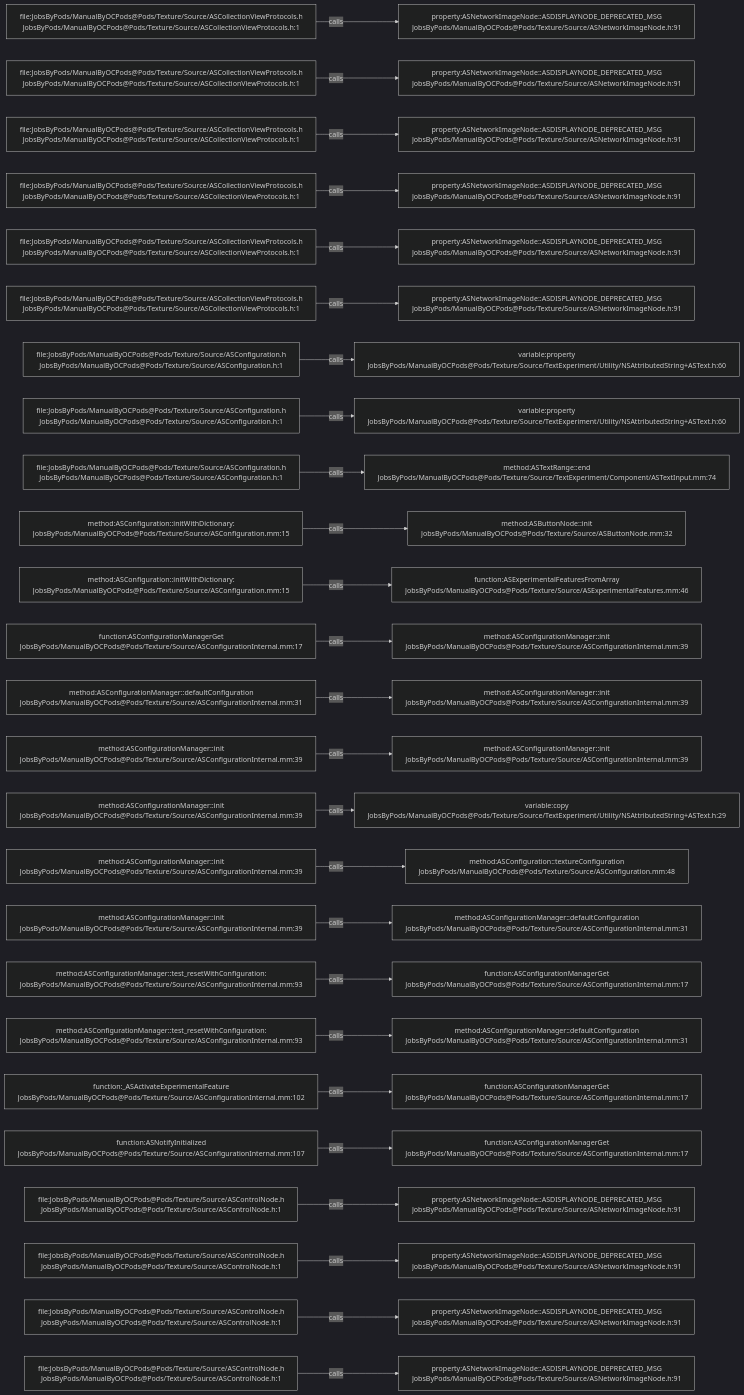
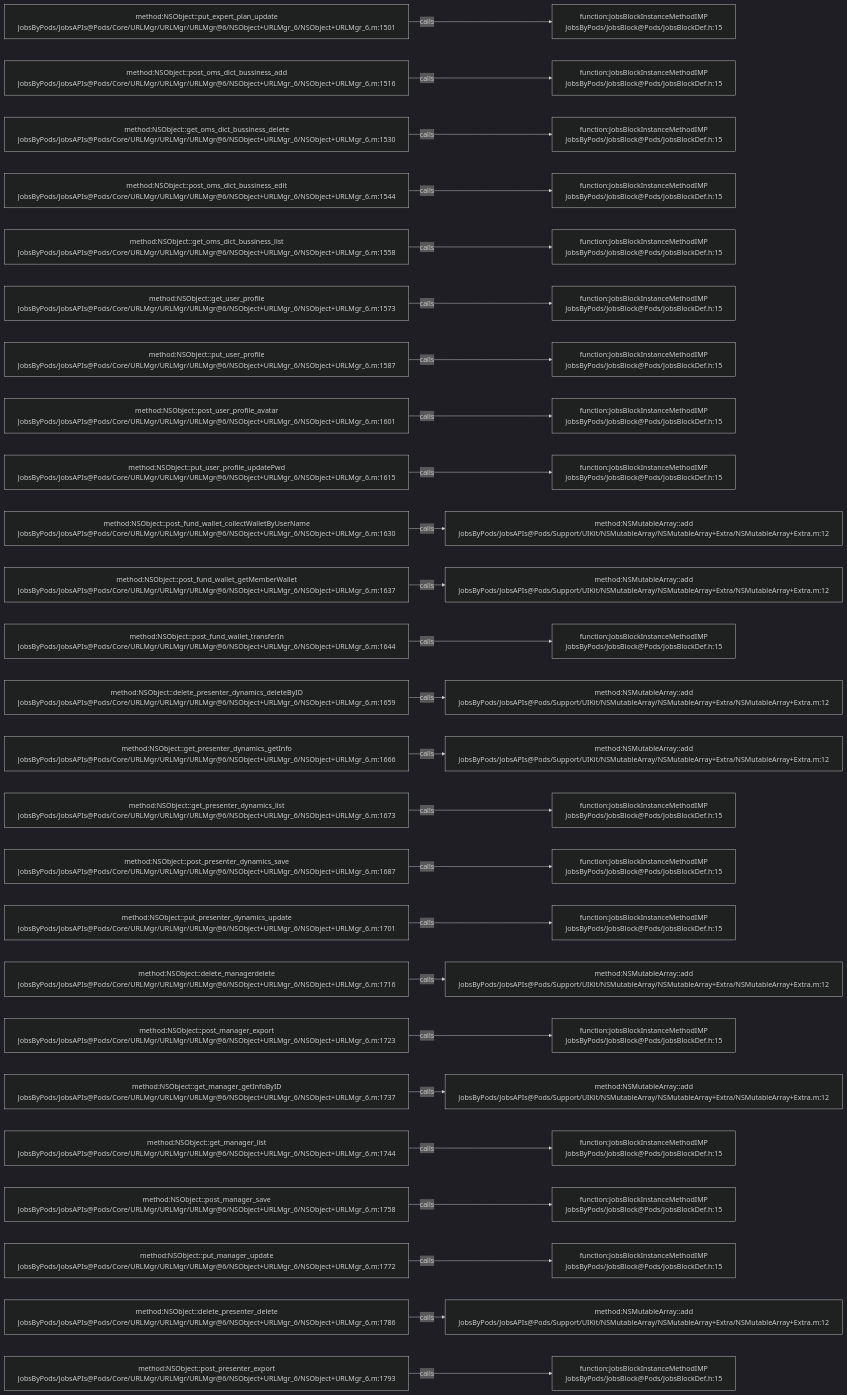
Before and after one commit to JobsKits/JobsOCBaseConfigDemo: the diagram in .codegraph/codegraph.md/graphs/calls-071.md, drawn with Mermaid (dark theme). The commit also changed 768 other files, not shown here.

````diff
--- a/.codegraph/codegraph.md/graphs/calls-071.md
+++ b/.codegraph/codegraph.md/graphs/calls-071.md
@@ -13,78 +13,78 @@
 ```mermaid
 flowchart LR
-  S1["file:JobsByPods/ManualByOCPods@Pods/Texture/Source/ASCollectionViewProtocols.h<br/>JobsByPods/ManualByOCPods@Pods/Texture/Source/ASCollectionViewProtocols.h:1"]
-  T1["property:ASNetworkImageNode::ASDISPLAYNODE_DEPRECATED_MSG<br/>JobsByPods/ManualByOCPods@Pods/Texture/Source/ASNetworkImageNode.h:91"]
+  S1["method:NSObject::put_expert_plan_update<br/>JobsByPods/JobsAPIs@Pods/Core/URLMgr/URLMgr/URLMgr@6/NSObject+URLMgr_6/NSObject+URLMgr_6.m:1501"]
+  T1["function:JobsBlockInstanceMethodIMP<br/>JobsByPods/JobsBlock@Pods/JobsBlockDef.h:15"]
   S1 -->|calls| T1
-  S2["file:JobsByPods/ManualByOCPods@Pods/Texture/Source/ASCollectionViewProtocols.h<br/>JobsByPods/ManualByOCPods@Pods/Texture/Source/ASCollectionViewProtocols.h:1"]
-  T2["property:ASNetworkImageNode::ASDISPLAYNODE_DEPRECATED_MSG<br/>JobsByPods/ManualByOCPods@Pods/Texture/Source/ASNetworkImageNode.h:91"]
+  S2["method:NSObject::post_oms_dict_bussiness_add<br/>JobsByPods/JobsAPIs@Pods/Core/URLMgr/URLMgr/URLMgr@6/NSObject+URLMgr_6/NSObject+URLMgr_6.m:1516"]
+  T2["function:JobsBlockInstanceMethodIMP<br/>JobsByPods/JobsBlock@Pods/JobsBlockDef.h:15"]
   S2 -->|calls| T2
-  S3["file:JobsByPods/ManualByOCPods@Pods/Texture/Source/ASCollectionViewProtocols.h<br/>JobsByPods/ManualByOCPods@Pods/Texture/Source/ASCollectionViewProtocols.h:1"]
-  T3["property:ASNetworkImageNode::ASDISPLAYNODE_DEPRECATED_MSG<br/>JobsByPods/ManualByOCPods@Pods/Texture/Source/ASNetworkImageNode.h:91"]
+  S3["method:NSObject::get_oms_dict_bussiness_delete<br/>JobsByPods/JobsAPIs@Pods/Core/URLMgr/URLMgr/URLMgr@6/NSObject+URLMgr_6/NSObject+URLMgr_6.m:1530"]
+  T3["function:JobsBlockInstanceMethodIMP<br/>JobsByPods/JobsBlock@Pods/JobsBlockDef.h:15"]
   S3 -->|calls| T3
-  S4["file:JobsByPods/ManualByOCPods@Pods/Texture/Source/ASCollectionViewProtocols.h<br/>JobsByPods/ManualByOCPods@Pods/Texture/Source/ASCollectionViewProtocols.h:1"]
-  T4["property:ASNetworkImageNode::ASDISPLAYNODE_DEPRECATED_MSG<br/>JobsByPods/ManualByOCPods@Pods/Texture/Source/ASNetworkImageNode.h:91"]
+  S4["method:NSObject::post_oms_dict_bussiness_edit<br/>JobsByPods/JobsAPIs@Pods/Core/URLMgr/URLMgr/URLMgr@6/NSObject+URLMgr_6/NSObject+URLMgr_6.m:1544"]
+  T4["function:JobsBlockInstanceMethodIMP<br/>JobsByPods/JobsBlock@Pods/JobsBlockDef.h:15"]
   S4 -->|calls| T4
-  S5["file:JobsByPods/ManualByOCPods@Pods/Texture/Source/ASCollectionViewProtocols.h<br/>JobsByPods/ManualByOCPods@Pods/Texture/Source/ASCollectionViewProtocols.h:1"]
-  T5["property:ASNetworkImageNode::ASDISPLAYNODE_DEPRECATED_MSG<br/>JobsByPods/ManualByOCPods@Pods/Texture/Source/ASNetworkImageNode.h:91"]
+  S5["method:NSObject::get_oms_dict_bussiness_list<br/>JobsByPods/JobsAPIs@Pods/Core/URLMgr/URLMgr/URLMgr@6/NSObject+URLMgr_6/NSObject+URLMgr_6.m:1558"]
+  T5["function:JobsBlockInstanceMethodIMP<br/>JobsByPods/JobsBlock@Pods/JobsBlockDef.h:15"]
   S5 -->|calls| T5
-  S6["file:JobsByPods/ManualByOCPods@Pods/Texture/Source/ASCollectionViewProtocols.h<br/>JobsByPods/ManualByOCPods@Pods/Texture/Source/ASCollectionViewProtocols.h:1"]
-  T6["property:ASNetworkImageNode::ASDISPLAYNODE_DEPRECATED_MSG<br/>JobsByPods/ManualByOCPods@Pods/Texture/Source/ASNetworkImageNode.h:91"]
+  S6["method:NSObject::get_user_profile<br/>JobsByPods/JobsAPIs@Pods/Core/URLMgr/URLMgr/URLMgr@6/NSObject+URLMgr_6/NSObject+URLMgr_6.m:1573"]
+  T6["function:JobsBlockInstanceMethodIMP<br/>JobsByPods/JobsBlock@Pods/JobsBlockDef.h:15"]
   S6 -->|calls| T6
-  S7["file:JobsByPods/ManualByOCPods@Pods/Texture/Source/ASConfiguration.h<br/>JobsByPods/ManualByOCPods@Pods/Texture/Source/ASConfiguration.h:1"]
-  T7["variable:property<br/>JobsByPods/ManualByOCPods@Pods/Texture/Source/TextExperiment/Utility/NSAttributedString+ASText.h:60"]
+  S7["method:NSObject::put_user_profile<br/>JobsByPods/JobsAPIs@Pods/Core/URLMgr/URLMgr/URLMgr@6/NSObject+URLMgr_6/NSObject+URLMgr_6.m:1587"]
+  T7["function:JobsBlockInstanceMethodIMP<br/>JobsByPods/JobsBlock@Pods/JobsBlockDef.h:15"]
   S7 -->|calls| T7
-  S8["file:JobsByPods/ManualByOCPods@Pods/Texture/Source/ASConfiguration.h<br/>JobsByPods/ManualByOCPods@Pods/Texture/Source/ASConfiguration.h:1"]
-  T8["variable:property<br/>JobsByPods/ManualByOCPods@Pods/Texture/Source/TextExperiment/Utility/NSAttributedString+ASText.h:60"]
+  S8["method:NSObject::post_user_profile_avatar<br/>JobsByPods/JobsAPIs@Pods/Core/URLMgr/URLMgr/URLMgr@6/NSObject+URLMgr_6/NSObject+URLMgr_6.m:1601"]
+  T8["function:JobsBlockInstanceMethodIMP<br/>JobsByPods/JobsBlock@Pods/JobsBlockDef.h:15"]
   S8 -->|calls| T8
-  S9["file:JobsByPods/ManualByOCPods@Pods/Texture/Source/ASConfiguration.h<br/>JobsByPods/ManualByOCPods@Pods/Texture/Source/ASConfiguration.h:1"]
-  T9["method:ASTextRange::end<br/>JobsByPods/ManualByOCPods@Pods/Texture/Source/TextExperiment/Component/ASTextInput.mm:74"]
+  S9["method:NSObject::put_user_profile_updatePwd<br/>JobsByPods/JobsAPIs@Pods/Core/URLMgr/URLMgr/URLMgr@6/NSObject+URLMgr_6/NSObject+URLMgr_6.m:1615"]
+  T9["function:JobsBlockInstanceMethodIMP<br/>JobsByPods/JobsBlock@Pods/JobsBlockDef.h:15"]
   S9 -->|calls| T9
-  S10["method:ASConfiguration::initWithDictionary:<br/>JobsByPods/ManualByOCPods@Pods/Texture/Source/ASConfiguration.mm:15"]
-  T10["method:ASButtonNode::init<br/>JobsByPods/ManualByOCPods@Pods/Texture/Source/ASButtonNode.mm:32"]
+  S10["method:NSObject::post_fund_wallet_collectWalletByUserName<br/>JobsByPods/JobsAPIs@Pods/Core/URLMgr/URLMgr/URLMgr@6/NSObject+URLMgr_6/NSObject+URLMgr_6.m:1630"]
+  T10["method:NSMutableArray::add<br/>JobsByPods/JobsAPIs@Pods/Support/UIKit/NSMutableArray/NSMutableArray+Extra/NSMutableArray+Extra.m:12"]
   S10 -->|calls| T10
-  S11["method:ASConfiguration::initWithDictionary:<br/>JobsByPods/ManualByOCPods@Pods/Texture/Source/ASConfiguration.mm:15"]
-  T11["function:ASExperimentalFeaturesFromArray<br/>JobsByPods/ManualByOCPods@Pods/Texture/Source/ASExperimentalFeatures.mm:46"]
+  S11["method:NSObject::post_fund_wallet_getMemberWallet<br/>JobsByPods/JobsAPIs@Pods/Core/URLMgr/URLMgr/URLMgr@6/NSObject+URLMgr_6/NSObject+URLMgr_6.m:1637"]
+  T11["method:NSMutableArray::add<br/>JobsByPods/JobsAPIs@Pods/Support/UIKit/NSMutableArray/NSMutableArray+Extra/NSMutableArray+Extra.m:12"]
   S11 -->|calls| T11
-  S12["function:ASConfigurationManagerGet<br/>JobsByPods/ManualByOCPods@Pods/Texture/Source/ASConfigurationInternal.mm:17"]
-  T12["method:ASConfigurationManager::init<br/>JobsByPods/ManualByOCPods@Pods/Texture/Source/ASConfigurationInternal.mm:39"]
+  S12["method:NSObject::post_fund_wallet_transferIn<br/>JobsByPods/JobsAPIs@Pods/Core/URLMgr/URLMgr/URLMgr@6/NSObject+URLMgr_6/NSObject+URLMgr_6.m:1644"]
+  T12["function:JobsBlockInstanceMethodIMP<br/>JobsByPods/JobsBlock@Pods/JobsBlockDef.h:15"]
   S12 -->|calls| T12
-  S13["method:ASConfigurationManager::defaultConfiguration<br/>JobsByPods/ManualByOCPods@Pods/Texture/Source/ASConfigurationInternal.mm:31"]
-  T13["method:ASConfigurationManager::init<br/>JobsByPods/ManualByOCPods@Pods/Texture/Source/ASConfigurationInternal.mm:39"]
+  S13["method:NSObject::delete_presenter_dynamics_deleteByID<br/>JobsByPods/JobsAPIs@Pods/Core/URLMgr/URLMgr/URLMgr@6/NSObject+URLMgr_6/NSObject+URLMgr_6.m:1659"]
+  T13["method:NSMutableArray::add<br/>JobsByPods/JobsAPIs@Pods/Support/UIKit/NSMutableArray/NSMutableArray+Extra/NSMutableArray+Extra.m:12"]
   S13 -->|calls| T13
-  S14["method:ASConfigurationManager::init<br/>JobsByPods/ManualByOCPods@Pods/Texture/Source/ASConfigurationInternal.mm:39"]
-  T14["method:ASConfigurationManager::init<br/>JobsByPods/ManualByOCPods@Pods/Texture/Source/ASConfigurationInternal.mm:39"]
+  S14["method:NSObject::get_presenter_dynamics_getInfo<br/>JobsByPods/JobsAPIs@Pods/Core/URLMgr/URLMgr/URLMgr@6/NSObject+URLMgr_6/NSObject+URLMgr_6.m:1666"]
+  T14["method:NSMutableArray::add<br/>JobsByPods/JobsAPIs@Pods/Support/UIKit/NSMutableArray/NSMutableArray+Extra/NSMutableArray+Extra.m:12"]
   S14 -->|calls| T14
-  S15["method:ASConfigurationManager::init<br/>JobsByPods/ManualByOCPods@Pods/Texture/Source/ASConfigurationInternal.mm:39"]
-  T15["variable:copy<br/>JobsByPods/ManualByOCPods@Pods/Texture/Source/TextExperiment/Utility/NSAttributedString+ASText.h:29"]
+  S15["method:NSObject::get_presenter_dynamics_list<br/>JobsByPods/JobsAPIs@Pods/Core/URLMgr/URLMgr/URLMgr@6/NSObject+URLMgr_6/NSObject+URLMgr_6.m:1673"]
+  T15["function:JobsBlockInstanceMethodIMP<br/>JobsByPods/JobsBlock@Pods/JobsBlockDef.h:15"]
   S15 -->|calls| T15
-  S16["method:ASConfigurationManager::init<br/>JobsByPods/ManualByOCPods@Pods/Texture/Source/ASConfigurationInternal.mm:39"]
-  T16["method:ASConfiguration::textureConfiguration<br/>JobsByPods/ManualByOCPods@Pods/Texture/Source/ASConfiguration.mm:48"]
+  S16["method:NSObject::post_presenter_dynamics_save<br/>JobsByPods/JobsAPIs@Pods/Core/URLMgr/URLMgr/URLMgr@6/NSObject+URLMgr_6/NSObject+URLMgr_6.m:1687"]
+  T16["function:JobsBlockInstanceMethodIMP<br/>JobsByPods/JobsBlock@Pods/JobsBlockDef.h:15"]
   S16 -->|calls| T16
-  S17["method:ASConfigurationManager::init<br/>JobsByPods/ManualByOCPods@Pods/Texture/Source/ASConfigurationInternal.mm:39"]
-  T17["method:ASConfigurationManager::defaultConfiguration<br/>JobsByPods/ManualByOCPods@Pods/Texture/Source/ASConfigurationInternal.mm:31"]
+  S17["method:NSObject::put_presenter_dynamics_update<br/>JobsByPods/JobsAPIs@Pods/Core/URLMgr/URLMgr/URLMgr@6/NSObject+URLMgr_6/NSObject+URLMgr_6.m:1701"]
+  T17["function:JobsBlockInstanceMethodIMP<br/>JobsByPods/JobsBlock@Pods/JobsBlockDef.h:15"]
   S17 -->|calls| T17
-  S18["method:ASConfigurationManager::test_resetWithConfiguration:<br/>JobsByPods/ManualByOCPods@Pods/Texture/Source/ASConfigurationInternal.mm:93"]
-  T18["function:ASConfigurationManagerGet<br/>JobsByPods/ManualByOCPods@Pods/Texture/Source/ASConfigurationInternal.mm:17"]
+  S18["method:NSObject::delete_managerdelete<br/>JobsByPods/JobsAPIs@Pods/Core/URLMgr/URLMgr/URLMgr@6/NSObject+URLMgr_6/NSObject+URLMgr_6.m:1716"]
+  T18["method:NSMutableArray::add<br/>JobsByPods/JobsAPIs@Pods/Support/UIKit/NSMutableArray/NSMutableArray+Extra/NSMutableArray+Extra.m:12"]
   S18 -->|calls| T18
-  S19["method:ASConfigurationManager::test_resetWithConfiguration:<br/>JobsByPods/ManualByOCPods@Pods/Texture/Source/ASConfigurationInternal.mm:93"]
-  T19["method:ASConfigurationManager::defaultConfiguration<br/>JobsByPods/ManualByOCPods@Pods/Texture/Source/ASConfigurationInternal.mm:31"]
+  S19["method:NSObject::post_manager_export<br/>JobsByPods/JobsAPIs@Pods/Core/URLMgr/URLMgr/URLMgr@6/NSObject+URLMgr_6/NSObject+URLMgr_6.m:1723"]
+  T19["function:JobsBlockInstanceMethodIMP<br/>JobsByPods/JobsBlock@Pods/JobsBlockDef.h:15"]
   S19 -->|calls| T19
-  S20["function:_ASActivateExperimentalFeature<br/>JobsByPods/ManualByOCPods@Pods/Texture/Source/ASConfigurationInternal.mm:102"]
-  T20["function:ASConfigurationManagerGet<br/>JobsByPods/ManualByOCPods@Pods/Texture/Source/ASConfigurationInternal.mm:17"]
+  S20["method:NSObject::get_manager_getInfoByID<br/>JobsByPods/JobsAPIs@Pods/Core/URLMgr/URLMgr/URLMgr@6/NSObject+URLMgr_6/NSObject+URLMgr_6.m:1737"]
+  T20["method:NSMutableArray::add<br/>JobsByPods/JobsAPIs@Pods/Support/UIKit/NSMutableArray/NSMutableArray+Extra/NSMutableArray+Extra.m:12"]
   S20 -->|calls| T20
-  S21["function:ASNotifyInitialized<br/>JobsByPods/ManualByOCPods@Pods/Texture/Source/ASConfigurationInternal.mm:107"]
-  T21["function:ASConfigurationManagerGet<br/>JobsByPods/ManualByOCPods@Pods/Texture/Source/ASConfigurationInternal.mm:17"]
+  S21["method:NSObject::get_manager_list<br/>JobsByPods/JobsAPIs@Pods/Core/URLMgr/URLMgr/URLMgr@6/NSObject+URLMgr_6/NSObject+URLMgr_6.m:1744"]
+  T21["function:JobsBlockInstanceMethodIMP<br/>JobsByPods/JobsBlock@Pods/JobsBlockDef.h:15"]
   S21 -->|calls| T21
-  S22["file:JobsByPods/ManualByOCPods@Pods/Texture/Source/ASControlNode.h<br/>JobsByPods/ManualByOCPods@Pods/Texture/Source/ASControlNode.h:1"]
-  T22["property:ASNetworkImageNode::ASDISPLAYNODE_DEPRECATED_MSG<br/>JobsByPods/ManualByOCPods@Pods/Texture/Source/ASNetworkImageNode.h:91"]
+  S22["method:NSObject::post_manager_save<br/>JobsByPods/JobsAPIs@Pods/Core/URLMgr/URLMgr/URLMgr@6/NSObject+URLMgr_6/NSObject+URLMgr_6.m:1758"]
+  T22["function:JobsBlockInstanceMethodIMP<br/>JobsByPods/JobsBlock@Pods/JobsBlockDef.h:15"]
   S22 -->|calls| T22
-  S23["file:JobsByPods/ManualByOCPods@Pods/Texture/Source/ASControlNode.h<br/>JobsByPods/ManualByOCPods@Pods/Texture/Source/ASControlNode.h:1"]
-  T23["property:ASNetworkImageNode::ASDISPLAYNODE_DEPRECATED_MSG<br/>JobsByPods/ManualByOCPods@Pods/Texture/Source/ASNetworkImageNode.h:91"]
+  S23["method:NSObject::put_manager_update<br/>JobsByPods/JobsAPIs@Pods/Core/URLMgr/URLMgr/URLMgr@6/NSObject+URLMgr_6/NSObject+URLMgr_6.m:1772"]
+  T23["function:JobsBlockInstanceMethodIMP<br/>JobsByPods/JobsBlock@Pods/JobsBlockDef.h:15"]
   S23 -->|calls| T23
-  S24["file:JobsByPods/ManualByOCPods@Pods/Texture/Source/ASControlNode.h<br/>JobsByPods/ManualByOCPods@Pods/Texture/Source/ASControlNode.h:1"]
-  T24["property:ASNetworkImageNode::ASDISPLAYNODE_DEPRECATED_MSG<br/>JobsByPods/ManualByOCPods@Pods/Texture/Source/ASNetworkImageNode.h:91"]
+  S24["method:NSObject::delete_presenter_delete<br/>JobsByPods/JobsAPIs@Pods/Core/URLMgr/URLMgr/URLMgr@6/NSObject+URLMgr_6/NSObject+URLMgr_6.m:1786"]
+  T24["method:NSMutableArray::add<br/>JobsByPods/JobsAPIs@Pods/Support/UIKit/NSMutableArray/NSMutableArray+Extra/NSMutableArray+Extra.m:12"]
   S24 -->|calls| T24
-  S25["file:JobsByPods/ManualByOCPods@Pods/Texture/Source/ASControlNode.h<br/>JobsByPods/ManualByOCPods@Pods/Texture/Source/ASControlNode.h:1"]
-  T25["property:ASNetworkImageNode::ASDISPLAYNODE_DEPRECATED_MSG<br/>JobsByPods/ManualByOCPods@Pods/Texture/Source/ASNetworkImageNode.h:91"]
+  S25["method:NSObject::post_presenter_export<br/>JobsByPods/JobsAPIs@Pods/Core/URLMgr/URLMgr/URLMgr@6/NSObject+URLMgr_6/NSObject+URLMgr_6.m:1793"]
+  T25["function:JobsBlockInstanceMethodIMP<br/>JobsByPods/JobsBlock@Pods/JobsBlockDef.h:15"]
   S25 -->|calls| T25
 ```
````
